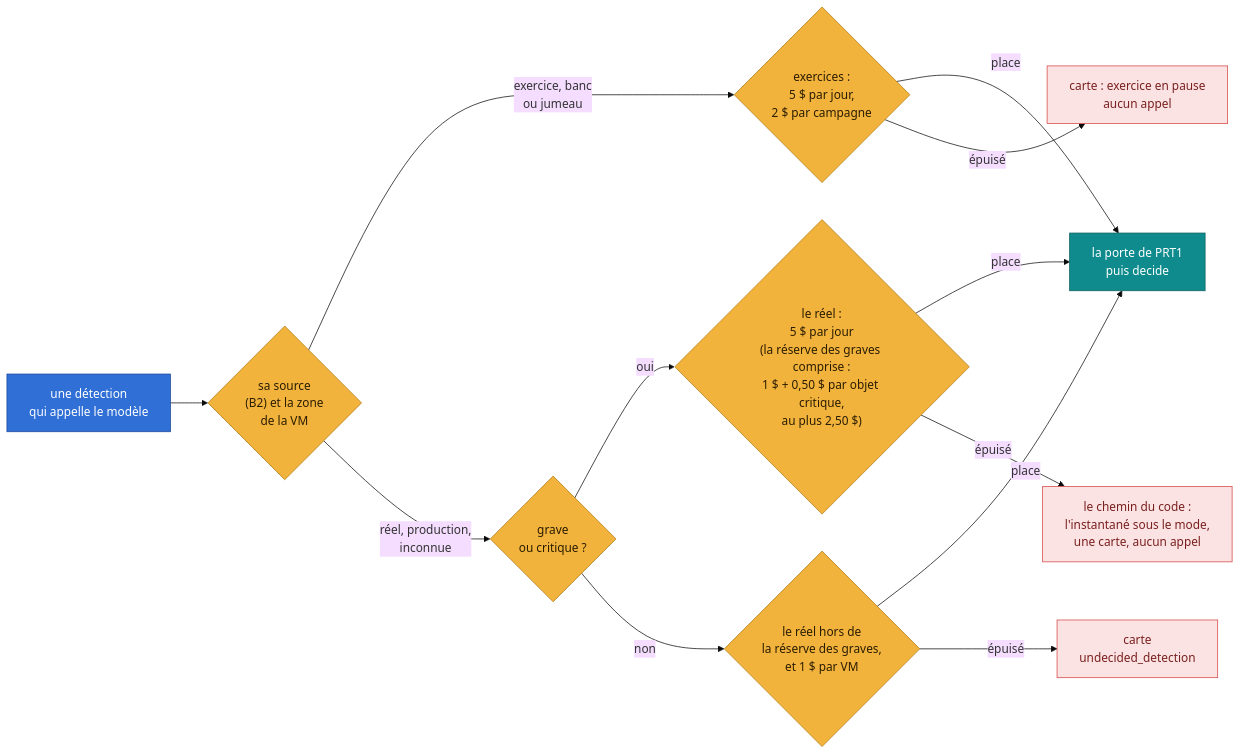
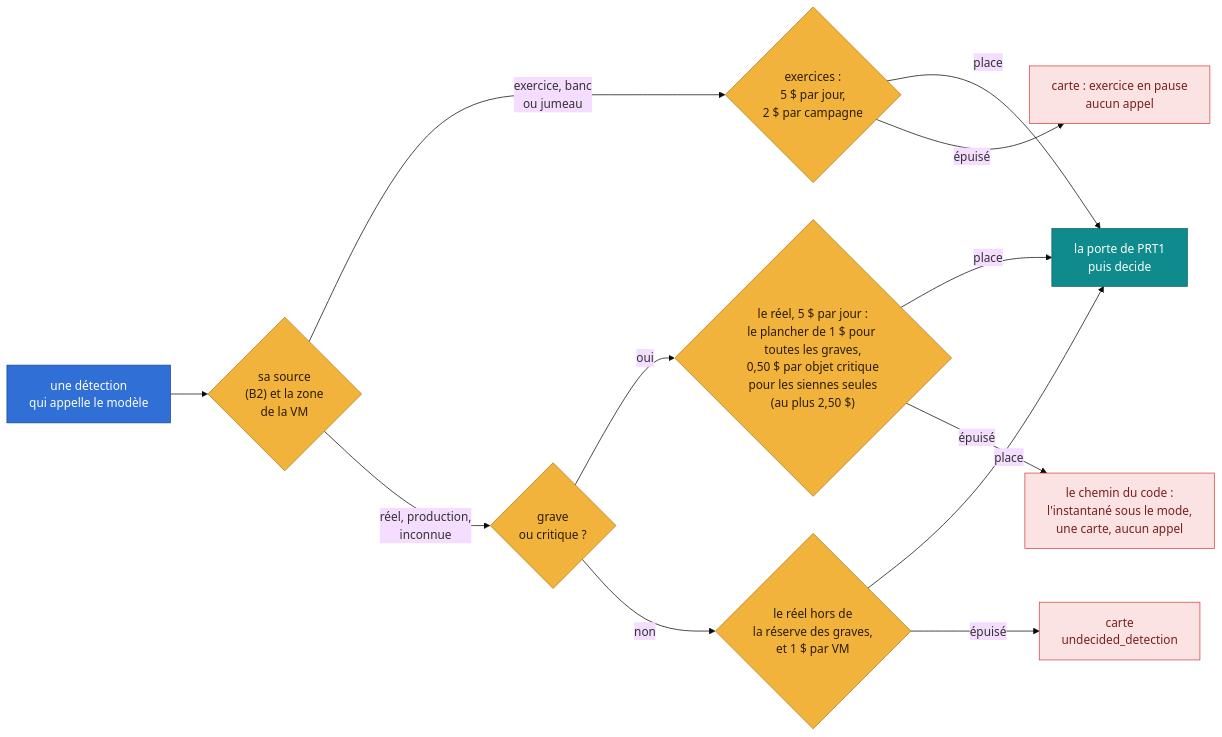
The fifth of 12 diagrams in docs/raisonnement.md (grootcyber/eregion), drawn with Mermaid (base theme) before and after one commit. The commit also changed other lines of this file and 7 other files, not shown here.

First line of the commit message:
fix(glorfindel): la part des VM critiques ne sert qu'à leurs graves (PRT2, #1160)

````diff
--- a/docs/raisonnement.md
+++ b/docs/raisonnement.md
@@ -441,22 +441,22 @@
 ```mermaid
 flowchart LR
     D["une détection<br/>qui appelle le modèle"] --> S{"sa source<br/>(B2) et la zone<br/>de la VM"}
     S -->|"exercice, banc<br/>ou jumeau"| EX{"exercices :<br/>5 $ par jour,<br/>2 $ par campagne"}
     S -->|"réel, production,<br/>inconnue"| G{"grave<br/>ou critique ?"}
-    G -->|"oui"| R1{"le réel :<br/>5 $ par jour<br/>(la réserve des graves comprise :<br/>1 $ + 0,50 $ par objet critique,<br/>au plus 2,50 $)"}
+    G -->|"oui"| R1{"le réel, 5 $ par jour :<br/>le plancher de 1 $ pour toutes les graves,<br/>0,50 $ par objet critique<br/>pour les siennes seules<br/>(au plus 2,50 $)"}
     G -->|"non"| R3{"le réel hors de<br/>la réserve des graves,<br/>et 1 $ par VM"}
     EX -->|"place"| GATE["la porte de PRT1<br/>puis decide"]
     R1 -->|"place"| GATE
     R3 -->|"place"| GATE
     EX -->|"épuisé"| PAUSE["carte : exercice en pause<br/>aucun appel"]
     R3 -->|"épuisé"| CARD["carte<br/>undecided_detection"]
     R1 -->|"épuisé"| CODE["le chemin du code :<br/>l'instantané sous le mode,<br/>une carte, aucun appel"]
     classDef blue fill:#2f6fd6,stroke:#1d4a9a,color:#ffffff
     classDef guard fill:#f2b33d,stroke:#b07a12,color:#2b1d00
     classDef warn fill:#fbe3e3,stroke:#d64545,color:#7a1f1f
     classDef model fill:#0f8b8d,stroke:#0a5f60,color:#ffffff
     class D blue
     class S,G,EX,R1,R3 guard
     class PAUSE,CARD,CODE warn
     class GATE model
 ```
````
